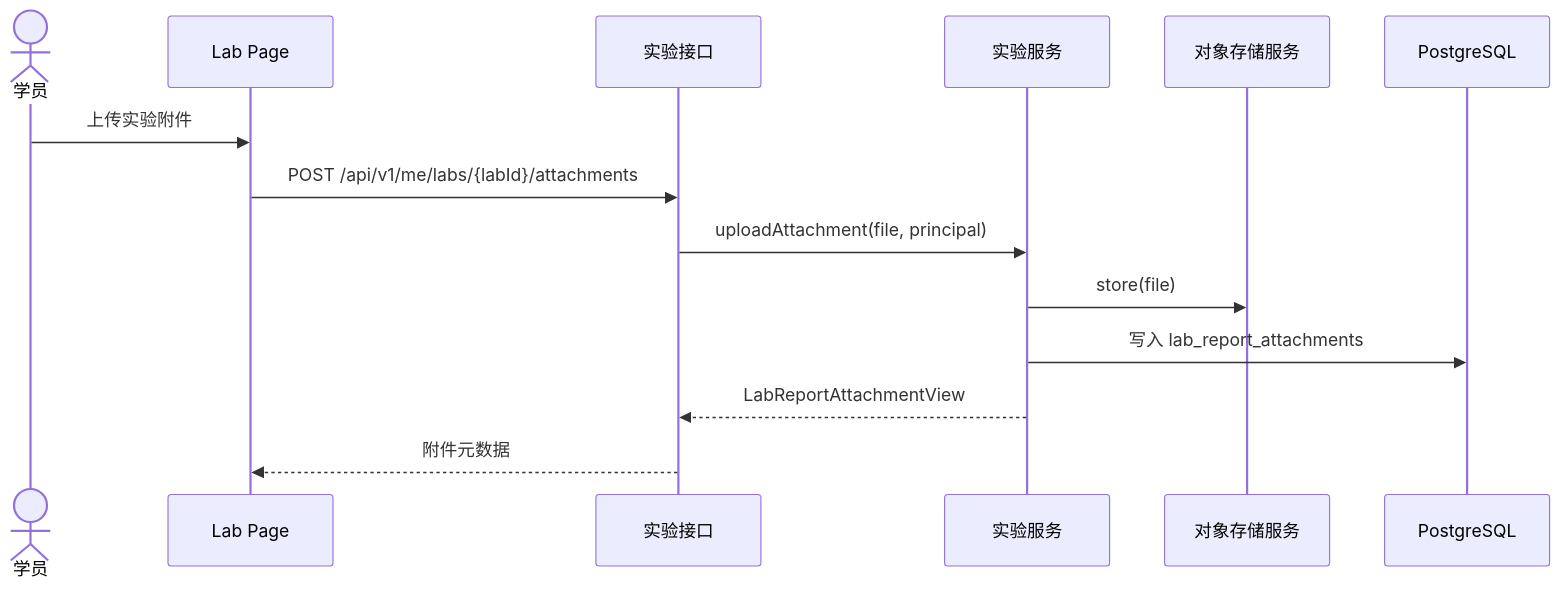
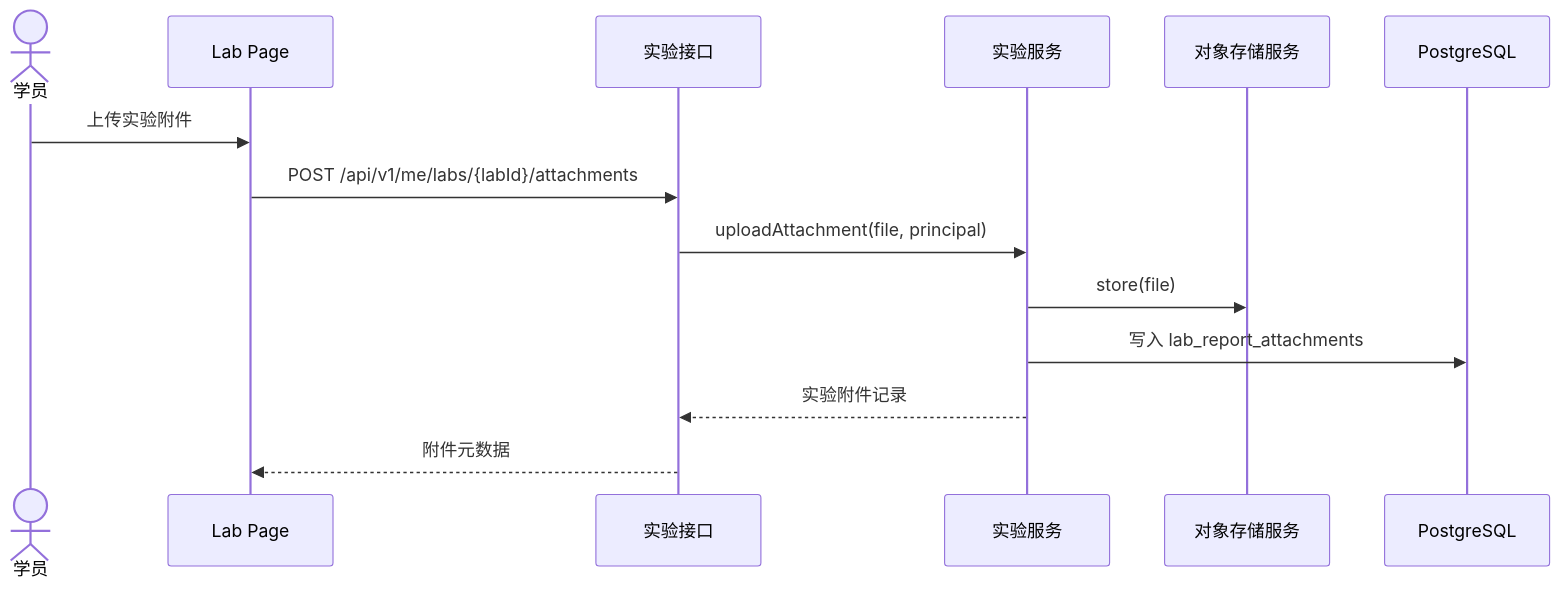
One commit to BUAA-SEProject/docs changed diagram 18 of 36 in 02-process-docs/detailed-design.md. Above: the diagram before and after it, drawn with Mermaid. The commit also changed other lines of this file and 3 other files, not shown here.

````diff
--- a/02-process-docs/detailed-design.md
+++ b/02-process-docs/detailed-design.md
@@ -421,17 +421,17 @@
 ```mermaid
 sequenceDiagram
   actor S as 学员
   participant W as Lab Page
   participant C as 实验接口
   participant A as 实验服务
   participant Obj as 对象存储服务
   participant DB as PostgreSQL
 
   S->>W: 上传实验附件
   W->>C: POST /api/v1/me/labs/{labId}/attachments
   C->>A: uploadAttachment(file, principal)
   A->>Obj: store(file)
   A->>DB: 写入 lab_report_attachments
-  A-->>C: LabReportAttachmentView
+  A-->>C: 实验附件记录
   C-->>W: 附件元数据
 ```
````
